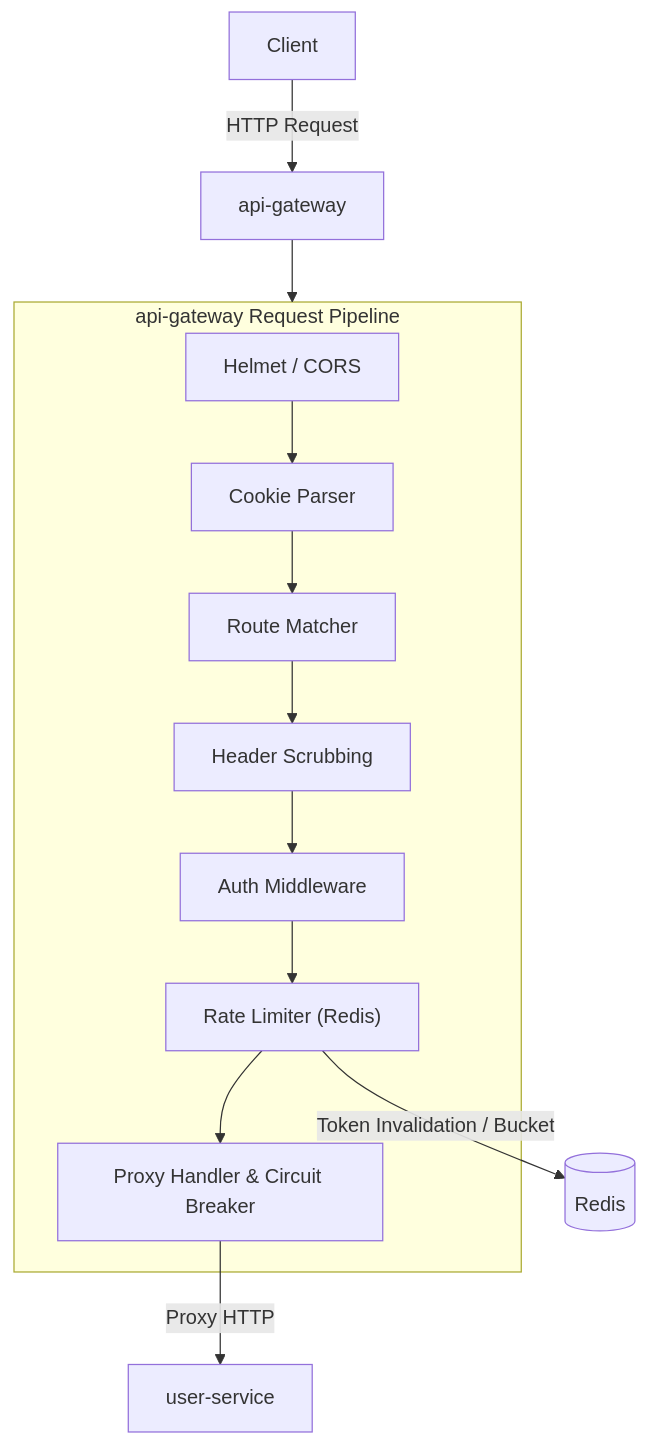
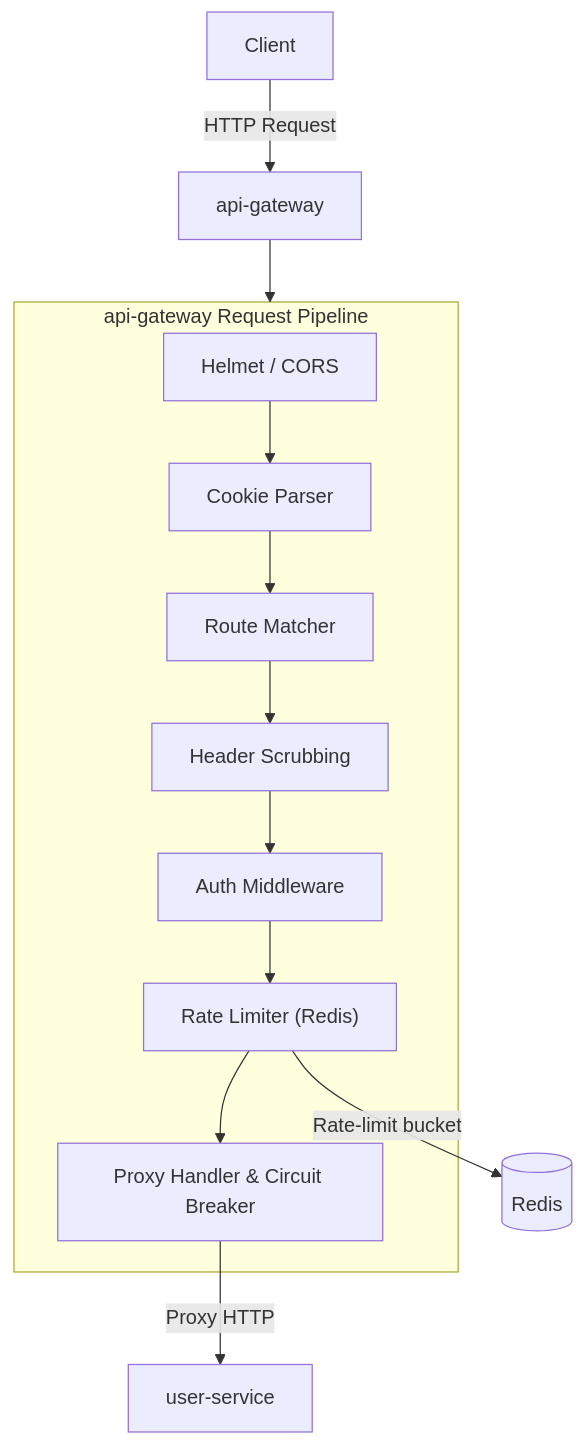
Before and after one commit to Pritam-25/distributed_railway_booking_platform: the diagram in apps/api-gateway/README.md, drawn with Mermaid. The commit also changed 18 other files, not shown here.

````diff
--- a/apps/api-gateway/README.md
+++ b/apps/api-gateway/README.md
@@ -52,17 +52,17 @@
 ```mermaid
 flowchart TD
   Client[Client] -- HTTP Request --> GW[api-gateway]
 
   subgraph Pipeline ["api-gateway Request Pipeline"]
     H[Helmet / CORS] --> C[Cookie Parser]
     C --> RL[Route Matcher]
     RL --> S[Header Scrubbing]
     S --> A[Auth Middleware]
     A --> L["Rate Limiter (Redis)"]
     L --> P["Proxy Handler & Circuit Breaker"]
   end
 
   GW --> Pipeline
   P -- Proxy HTTP --> US[user-service]
-  L -- Token Invalidation / Bucket --> Redis[(Redis)]
+  L -- Rate-limit bucket --> Redis[(Redis)]
 ```
````
